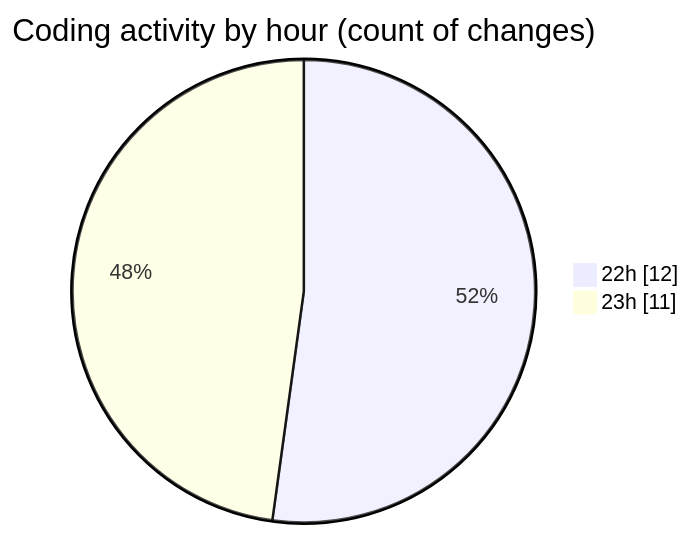
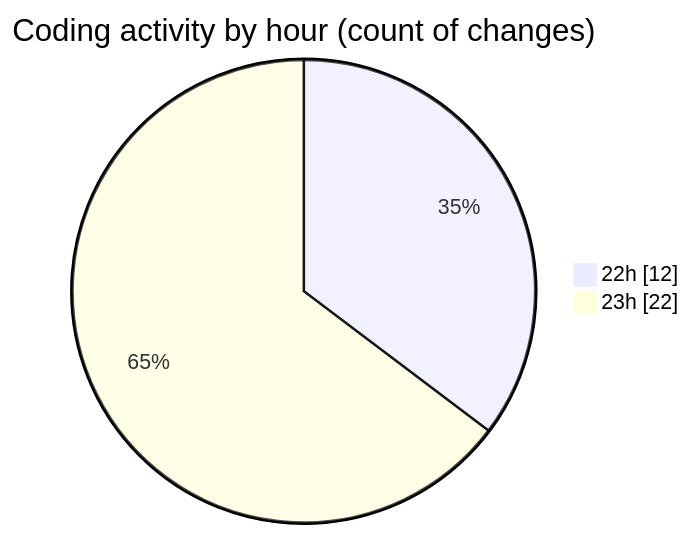
One commit to Ritupan-Deka/code-tracking changed the second of 2 diagrams in 2025-02-04/0starter_files/README.md. Above: the diagram before and after it, drawn with Mermaid. The commit also changed other lines of this file and 1 other file, not shown here.

````diff
--- a/2025-02-04/0starter_files/README.md
+++ b/2025-02-04/0starter_files/README.md
@@ -28,6 +28,6 @@
 ```mermaid
 pie showData
 title Coding activity by hour (count of changes)
 "22h" : 12
-"23h" : 11
+"23h" : 22
 ```
````
